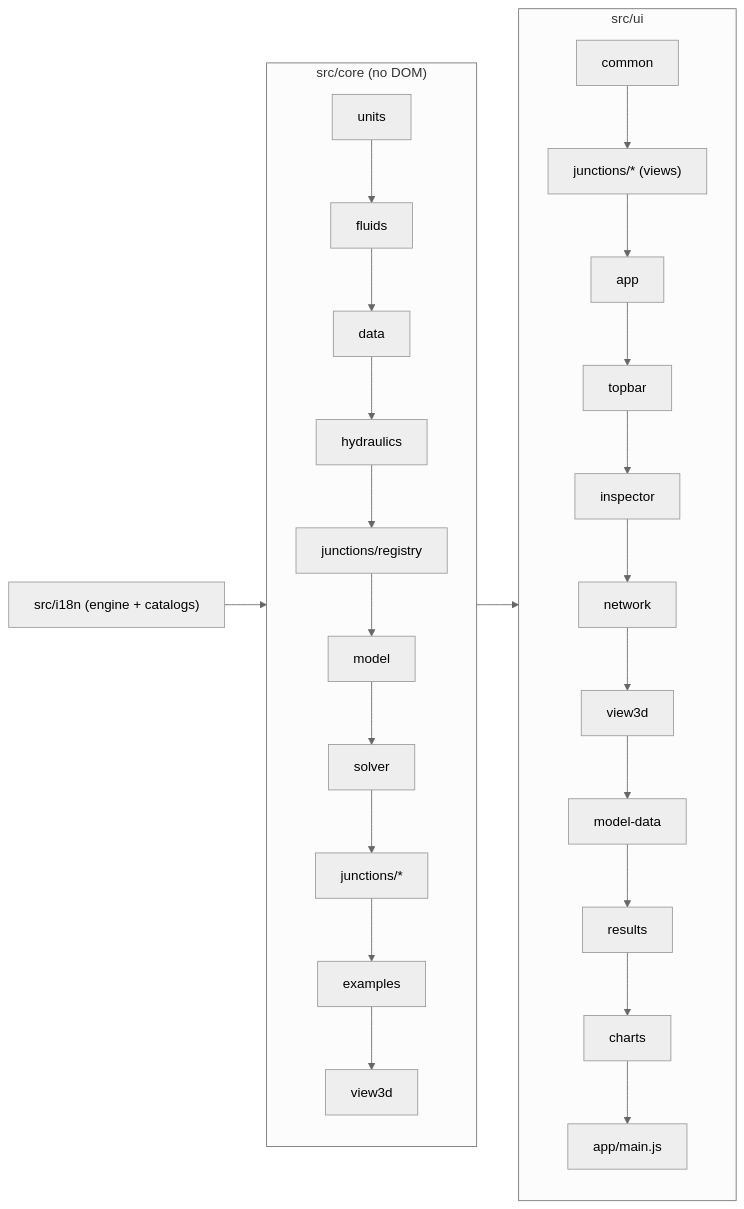
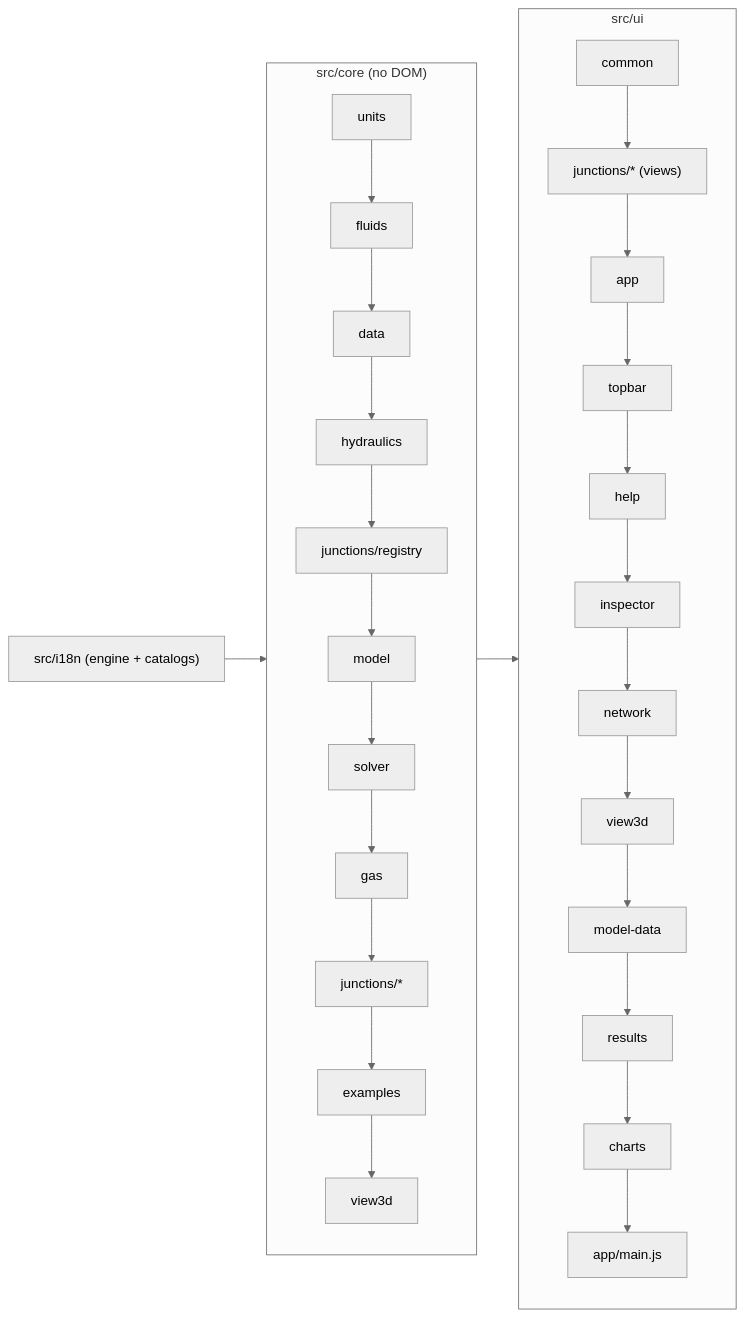
The diagram in docs/ARCHITECTURE.md (rafaperk/pumpit), drawn with Mermaid (neutral theme) before and after one commit. The commit also changed other lines of this file and 116 other files, not shown here.

````diff
--- a/docs/ARCHITECTURE.md
+++ b/docs/ARCHITECTURE.md
@@ -15,11 +15,11 @@
 ```mermaid
 flowchart LR
   i18n["src/i18n (engine + catalogs)"] --> core
   subgraph core["src/core (no DOM)"]
-    units --> fluids --> data --> hydraulics --> registry["junctions/registry"] --> model --> solver --> jtypes["junctions/*"] --> examples --> view3d
+    units --> fluids --> data --> hydraulics --> registry["junctions/registry"] --> model --> solver --> gas --> jtypes["junctions/*"] --> examples --> view3d
   end
   subgraph ui["src/ui"]
-    common --> jviews["junctions/* (views)"] --> app --> topbar --> inspector --> network --> view3dui["view3d"] --> modeldata["model-data"] --> results --> charts --> main["app/main.js"]
+    common --> jviews["junctions/* (views)"] --> app --> topbar --> help --> inspector --> network --> view3dui["view3d"] --> modeldata["model-data"] --> results --> charts --> main["app/main.js"]
   end
   core --> ui
 ```
````
